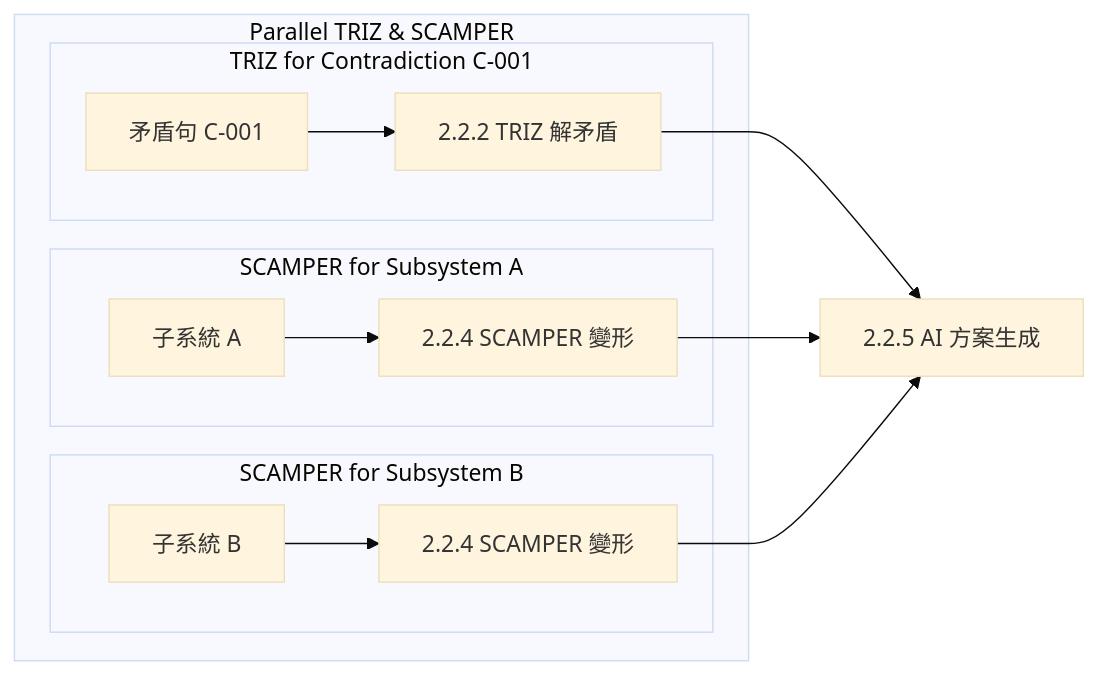
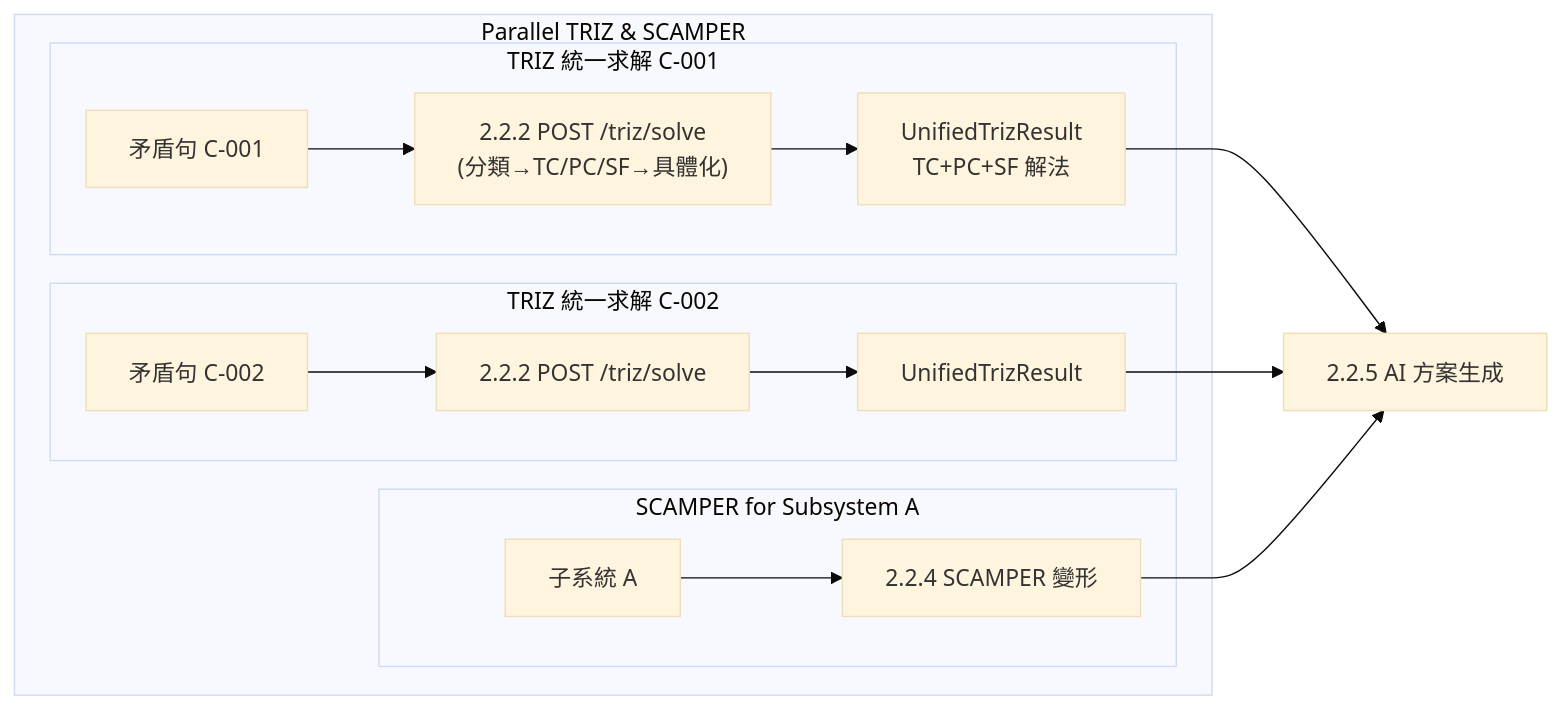
One commit to Zenobia000/AutoTRIZ_smart_design changed the third of 3 diagrams in docs/e2e/RD_Design_Copilot_State_Machine.md. Above: the diagram before and after it, drawn with Mermaid (base theme). The commit also changed other lines of this file and 2 other files, not shown here.

First line of the commit message:
docs: update E2E docs to reflect unified TRIZ 3-path solve engine

````diff
--- a/docs/e2e/RD_Design_Copilot_State_Machine.md
+++ b/docs/e2e/RD_Design_Copilot_State_Machine.md
@@ -150,17 +151,19 @@
 ```mermaid
 flowchart LR
     subgraph "Parallel TRIZ & SCAMPER"
-        subgraph "TRIZ for Contradiction C-001"
-            C001_Input["矛盾句 C-001"] --> TRIZ_C001["2.2.2 TRIZ 解矛盾"]
+        subgraph "TRIZ 統一求解 C-001"
+            C001_Input["矛盾句 C-001"] --> TRIZ_C001["2.2.2 POST /triz/solve<br>(分類→TC/PC/SF→具體化)"]
+            TRIZ_C001 --> C001_Result["UnifiedTrizResult<br>TC+PC+SF 解法"]
+        end
+        subgraph "TRIZ 統一求解 C-002"
+            C002_Input["矛盾句 C-002"] --> TRIZ_C002["2.2.2 POST /triz/solve"]
+            TRIZ_C002 --> C002_Result["UnifiedTrizResult"]
         end
         subgraph "SCAMPER for Subsystem A"
             SSA_Input["子系統 A"] --> SCAMPER_SSA["2.2.4 SCAMPER 變形"]
         end
-        subgraph "SCAMPER for Subsystem B"
-            SSB_Input["子系統 B"] --> SCAMPER_SSB["2.2.4 SCAMPER 變形"]
-        end
     end
-    TRIZ_C001 --> S2_2_5_AI_Gen["2.2.5 AI 方案生成"]
+    C001_Result --> S2_2_5_AI_Gen["2.2.5 AI 方案生成"]
+    C002_Result --> S2_2_5_AI_Gen
     SCAMPER_SSA --> S2_2_5_AI_Gen
-    SCAMPER_SSB --> S2_2_5_AI_Gen
 ```
````
